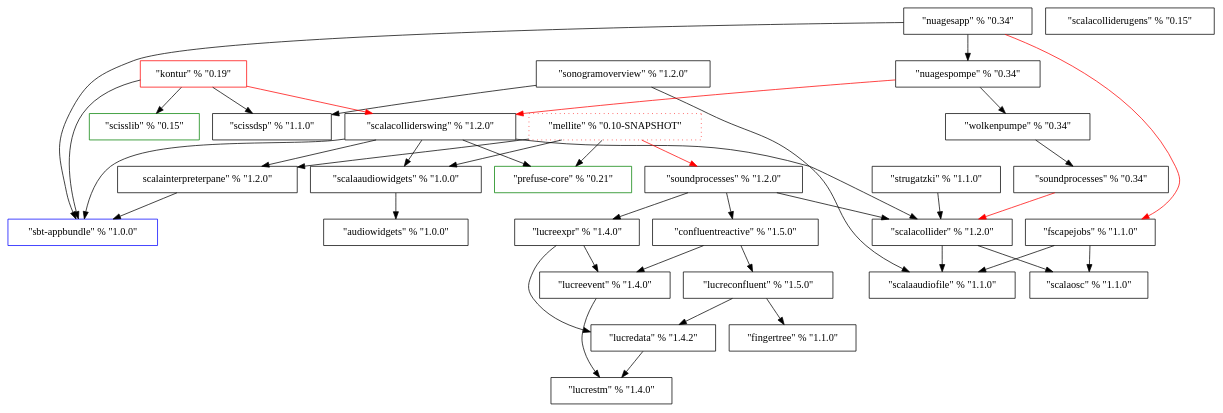
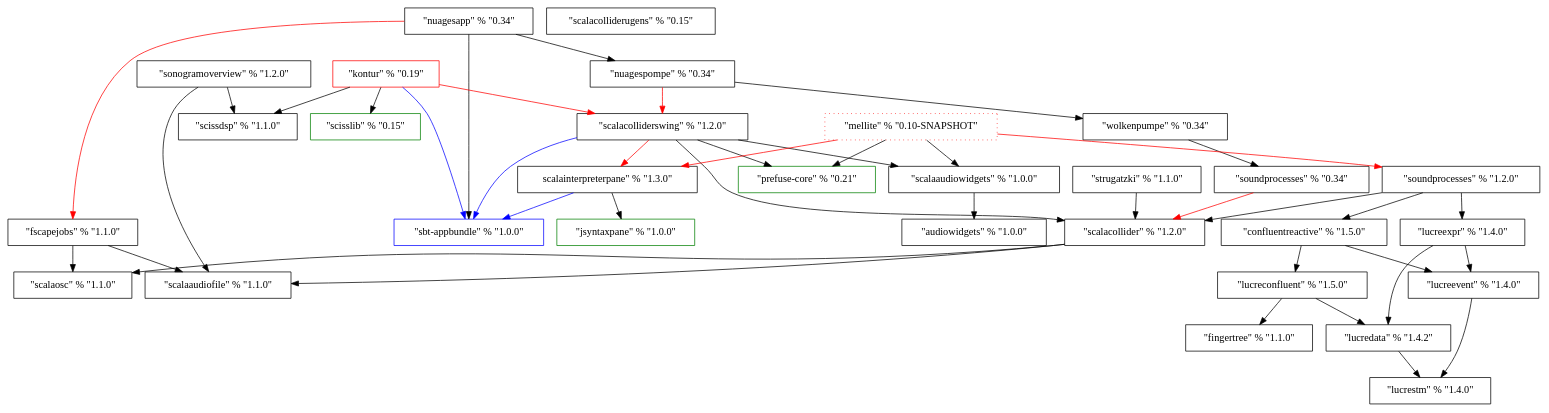
Before and after one commit to Sciss/HistoricalCode: the diagram in ProjectDependencies/dep.dot, drawn with Graphviz.

```diff
--- a/ProjectDependencies/dep.dot
+++ b/ProjectDependencies/dep.dot
@@ -1,73 +1,75 @@
 digraph G {
 	ScalaOSC [label="\"scalaosc\" % \"1.1.0\"", shape=box];
 	ScalaAudioFile [label="\"scalaaudiofile\" % \"1.1.0\"", shape=box];
 	FScapeJobs [label="\"fscapejobs\" % \"1.1.0\"", shape=box];
 	AudioWidgets [label="\"audiowidgets\" % \"1.0.0\"", shape=box];
 	ScalaAudioWidgets [label="\"scalaaudiowidgets\" % \"1.0.0\"", shape=box];
 	SbtAppbundle [label="\"sbt-appbundle\" % \"1.0.0\"", shape=Box, color=blue];
 	ScissDSP [label="\"scissdsp\" % \"1.1.0\"", shape=Box];
 	SonogramOverview [label="\"sonogramoverview\" % \"1.2.0\"", shape=Box];
 	ScalaCollider [label="\"scalacollider\" % \"1.2.0\"", shape=Box];
 	Strugatzki [label="\"strugatzki\" % \"1.1.0\"", shape=Box];
-	ScalaInterpreterPane [label="\scalainterpreterpane\" % \"1.2.0\"", shape=Box];
+	JSyntaxPane [label="\"jsyntaxpane\" % \"1.0.0\"", shape=Box, color=green];
+	ScalaInterpreterPane [label="\scalainterpreterpane\" % \"1.3.0\"", shape=Box];
 	PrefuseCore [label="\"prefuse-core\" % \"0.21\"", shape=Box, color=green];
 	ScalaColliderSwing [label="\"scalacolliderswing\" % \"1.2.0\"", shape=Box];
 	SoundProcesses_OLD [label="\"soundprocesses\" % \"0.34\"", shape=Box];
 	Wolkenpumpe [label="\"wolkenpumpe\" % \"0.34\"", shape=Box];
 	NuagesPompe [label="\"nuagespompe\" % \"0.34\"", shape=Box];
 	NuagesApp [label="\"nuagesapp\" % \"0.34\"", shape=Box];
 	ScissLib [label="\"scisslib\" % \"0.15\"", shape=Box, color=green];
 	Kontur [label="\"kontur\" % \"0.19\"", shape=Box, color=red];
 	FingerTree [label="\"fingertree\" % \"1.1.0\"", shape=Box];
 	ScalaColliderUGens [label="\"scalacolliderugens\" % \"0.15\"", shape=Box];
 	LucreSTM [label="\"lucrestm\" % \"1.4.0\"", shape=Box];
 	LucreEvent [label="\"lucreevent\" % \"1.4.0\"", shape=Box];
 	LucreData [label="\"lucredata\" % \"1.4.2\"", shape=Box];
 	LucreExpr [label="\"lucreexpr\" % \"1.4.0\"", shape=Box];
 	LucreConfluent [label="\"lucreconfluent\" % \"1.5.0\"", shape=Box];
 	ConfluentReactive [label="\"confluentreactive\" % \"1.5.0\"", shape=Box];
 	SoundProcesses [label="\"soundprocesses\" % \"1.2.0\"", shape=Box];
 	Mellite [label="\"mellite\" % \"0.10-SNAPSHOT\"", shape=Box, style=dotted, color=red];
 	
 	FScapeJobs -> ScalaOSC;
 	FScapeJobs -> ScalaAudioFile;
 	ScalaAudioWidgets -> AudioWidgets;
 	SonogramOverview -> ScalaAudioFile;
 	SonogramOverview -> ScissDSP;
 	ScalaCollider -> ScalaOSC;
 	ScalaCollider -> ScalaAudioFile;
 	Strugatzki -> ScalaCollider;
-	ScalaInterpreterPane -> SbtAppbundle;
-	ScalaColliderSwing -> SbtAppbundle;
+	ScalaInterpreterPane -> JSyntaxPane;
+	ScalaInterpreterPane -> SbtAppbundle [color=blue];
+	ScalaColliderSwing -> SbtAppbundle [color=blue];
 	ScalaColliderSwing -> ScalaCollider;
-	ScalaColliderSwing -> ScalaInterpreterPane;
+	ScalaColliderSwing -> ScalaInterpreterPane [color=red];
 	ScalaColliderSwing -> PrefuseCore;
 	ScalaColliderSwing -> ScalaAudioWidgets;
 	SoundProcesses_OLD -> ScalaCollider [color=red];
 	Wolkenpumpe -> SoundProcesses_OLD;
 	NuagesPompe -> Wolkenpumpe;
 	NuagesPompe -> ScalaColliderSwing [color=red];
 	NuagesApp -> SbtAppbundle;
 	NuagesApp -> NuagesPompe;
 	NuagesApp -> FScapeJobs [color=red];
-	Kontur -> SbtAppbundle;
+	Kontur -> SbtAppbundle [color=blue];
 	Kontur -> ScalaColliderSwing [color=red];
 	Kontur -> ScissDSP;
 	Kontur -> ScissLib;
 	LucreEvent -> LucreSTM;
 	LucreData -> LucreSTM;
    LucreExpr -> LucreData;
    LucreExpr -> LucreEvent;
 	LucreConfluent -> FingerTree;
 	LucreConfluent -> LucreData;
 //	LucreConfluent -> LucreExpr [style=dotted];
    ConfluentReactive -> LucreConfluent;
 	ConfluentReactive -> LucreEvent;
 	SoundProcesses -> ScalaCollider;
 	SoundProcesses -> ConfluentReactive;
 	SoundProcesses -> LucreExpr;
 	Mellite -> SoundProcesses [color=red];
 	Mellite -> ScalaAudioWidgets;
 	Mellite -> PrefuseCore;
-	Mellite -> ScalaInterpreterPane;
+	Mellite -> ScalaInterpreterPane [color=red];
 }
```
